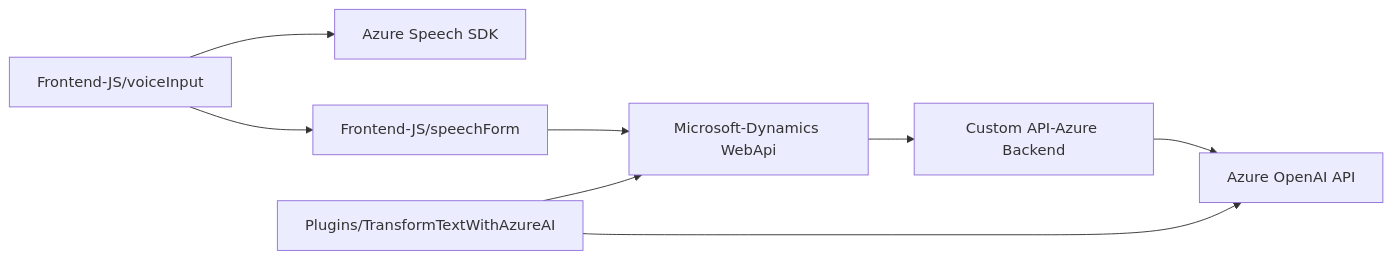
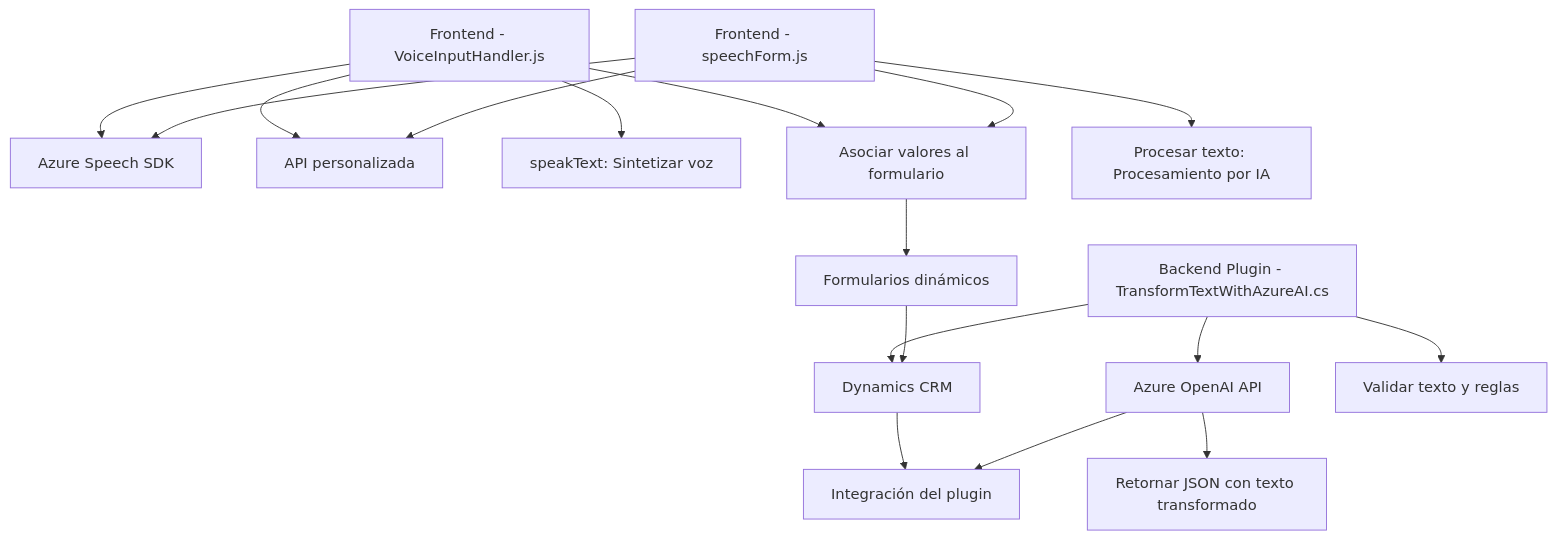
The diagram in README.md (blopezdm/NETCORE_BILBAO2025), drawn with Mermaid before and after one commit. The commit also changed other lines of this file, not shown here.

Commit message:
Actualizar análisis global de la solución con IA

````diff
--- a/README.md
+++ b/README.md
@@ -39,11 +38,23 @@
 ```mermaid
-graph LR
-    A["Frontend-JS/voiceInput"] --> B["Azure Speech SDK"]
-    A --> C["Frontend-JS/speechForm"]
-    C --> D["Microsoft-Dynamics WebApi"]
-    D --> E["Custom API-Azure Backend"]
-    E --> F["Azure OpenAI API"]
+graph TD
+    A["Frontend - VoiceInputHandler.js"] --> B["Azure Speech SDK"]
+    A --> C["API personalizada"]
+    A --> D["speakText: Sintetizar voz"]
+    A --> E["Procesar formulario"]
+    
+    F["Frontend - speechForm.js"] --> B
+    F --> E["Asociar valores al formulario"]
+    F --> C["API personalizada"]
+    F --> G["Procesar texto: Procesamiento por IA"]
 
-    G["Plugins/TransformTextWithAzureAI"] --> D
-    G --> F
+    H["Backend Plugin - TransformTextWithAzureAI.cs"] --> I["Dynamics CRM (IPlugin)"]
+    H --> J["Azure OpenAI API"]
+    H --> K["Validar texto y reglas"]
+    J --> L["Retornar JSON con texto transformado"]
+
+    E --> M["Formularios dinámicos"]
+    M --> I["Dynamics CRM"]
+
+    I --> N["Integración del plugin"]
+    J --> N
 ```
````
